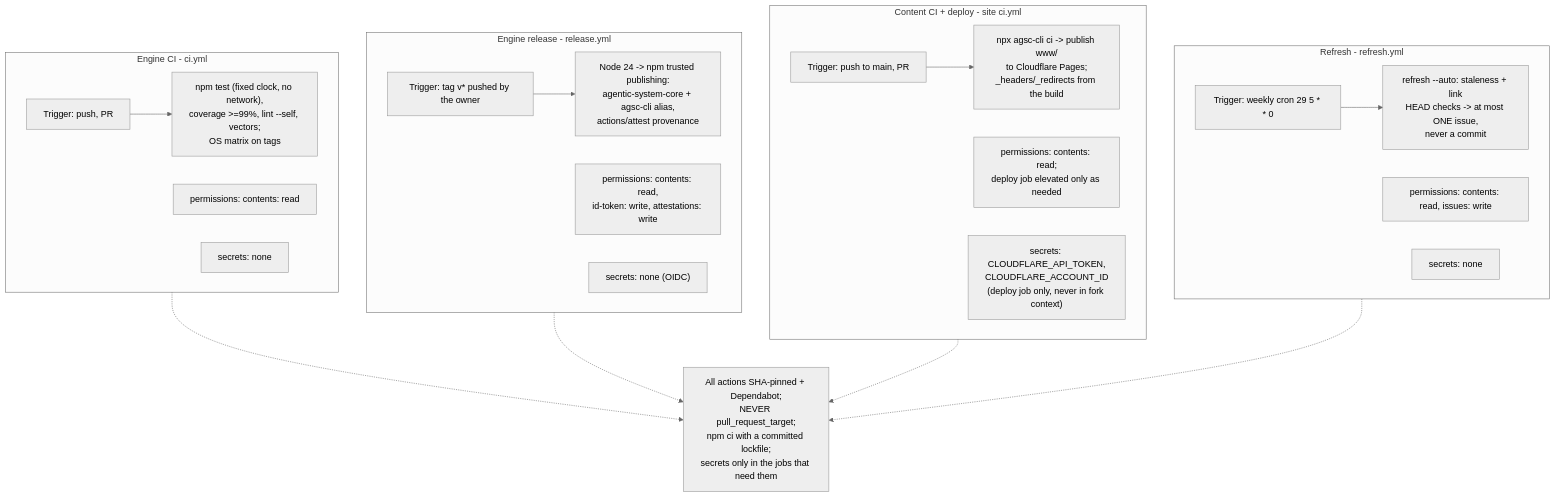
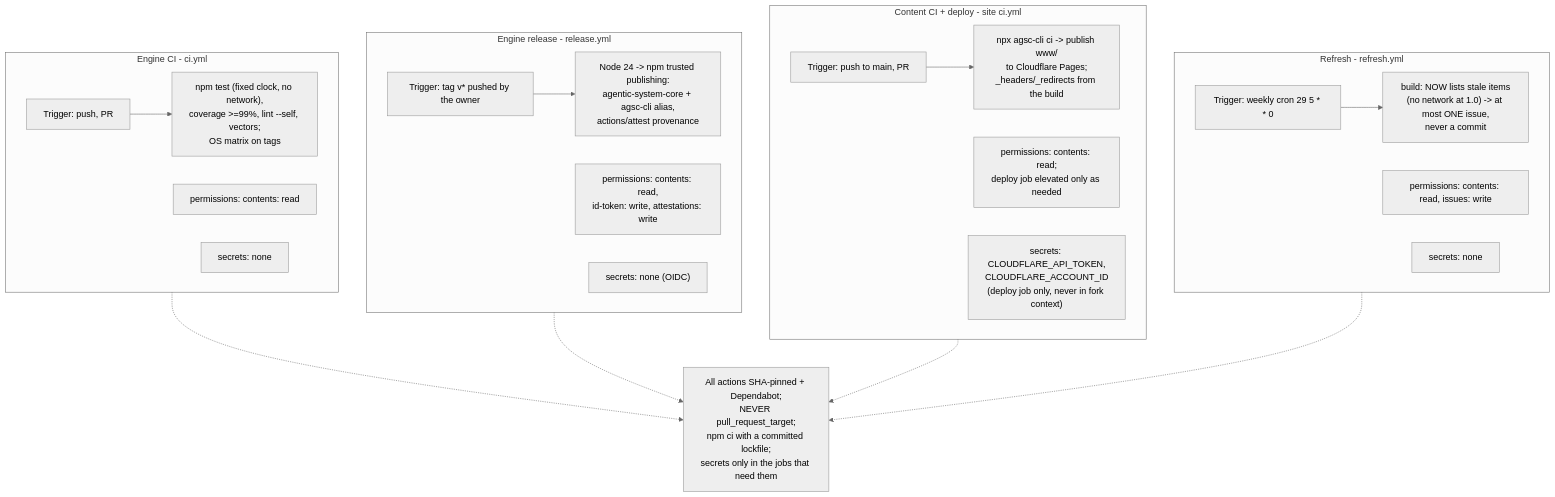
One commit to andreibesleaga/agentic-system-core changed the first of 2 diagrams in docs/diagrams/workflow-ci-cd.md. Above: the diagram before and after it, drawn with Mermaid (neutral theme). The commit also changed other lines of this file and 386 other files, not shown here.

````diff
--- a/docs/diagrams/workflow-ci-cd.md
+++ b/docs/diagrams/workflow-ci-cd.md
@@ -5,40 +5,40 @@
 ```mermaid
 flowchart TD
   subgraph L1["Engine CI - ci.yml"]
     T1["Trigger: push, PR"]
     P1["permissions: contents: read"]
     Sec1["secrets: none"]
     R1["npm test (fixed clock, no network),\ncoverage >=99%, lint --self, vectors;\nOS matrix on tags"]
     T1 --> R1
   end
 
   subgraph L2["Engine release - release.yml"]
     T2["Trigger: tag v* pushed by the owner"]
     P2["permissions: contents: read,\nid-token: write, attestations: write"]
     Sec2["secrets: none (OIDC)"]
     R2["Node 24 -> npm trusted publishing:\nagentic-system-core + agsc-cli alias,\nactions/attest provenance"]
     T2 --> R2
   end
 
   subgraph L3["Content CI + deploy - site ci.yml"]
     T3["Trigger: push to main, PR"]
     P3["permissions: contents: read;\ndeploy job elevated only as needed"]
     Sec3["secrets: CLOUDFLARE_API_TOKEN,\nCLOUDFLARE_ACCOUNT_ID\n(deploy job only, never in fork context)"]
     R3["npx agsc-cli ci -> publish www/\nto Cloudflare Pages;\n_headers/_redirects from the build"]
     T3 --> R3
   end
 
   subgraph L4["Refresh - refresh.yml"]
     T4["Trigger: weekly cron 29 5 * * 0"]
     P4["permissions: contents: read, issues: write"]
     Sec4["secrets: none"]
-    R4["refresh --auto: staleness + link\nHEAD checks -> at most ONE issue,\nnever a commit"]
+    R4["build: NOW lists stale items\n(no network at 1.0) -> at most ONE issue,\nnever a commit"]
     T4 --> R4
   end
 
   NOTE["All actions SHA-pinned + Dependabot;\nNEVER pull_request_target;\nnpm ci with a committed lockfile;\nsecrets only in the jobs that need them"]
   L1 -.-> NOTE
   L2 -.-> NOTE
   L3 -.-> NOTE
   L4 -.-> NOTE
 ```
````
